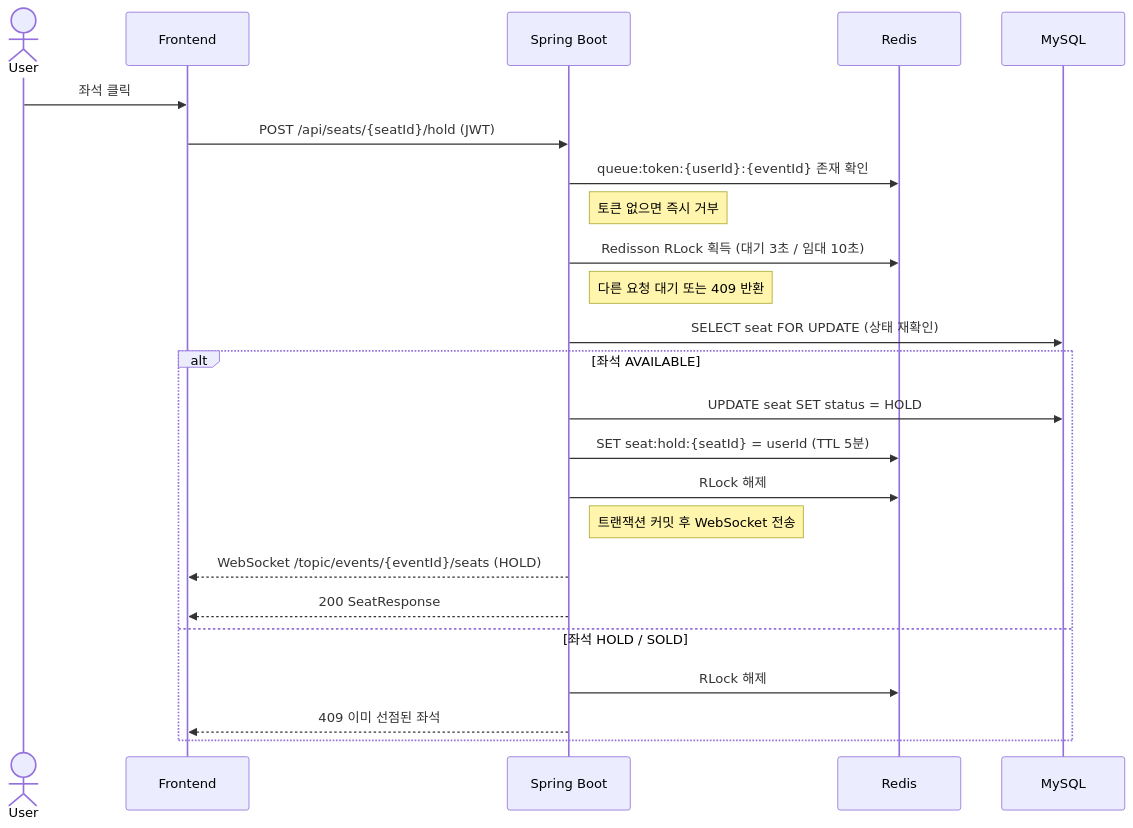
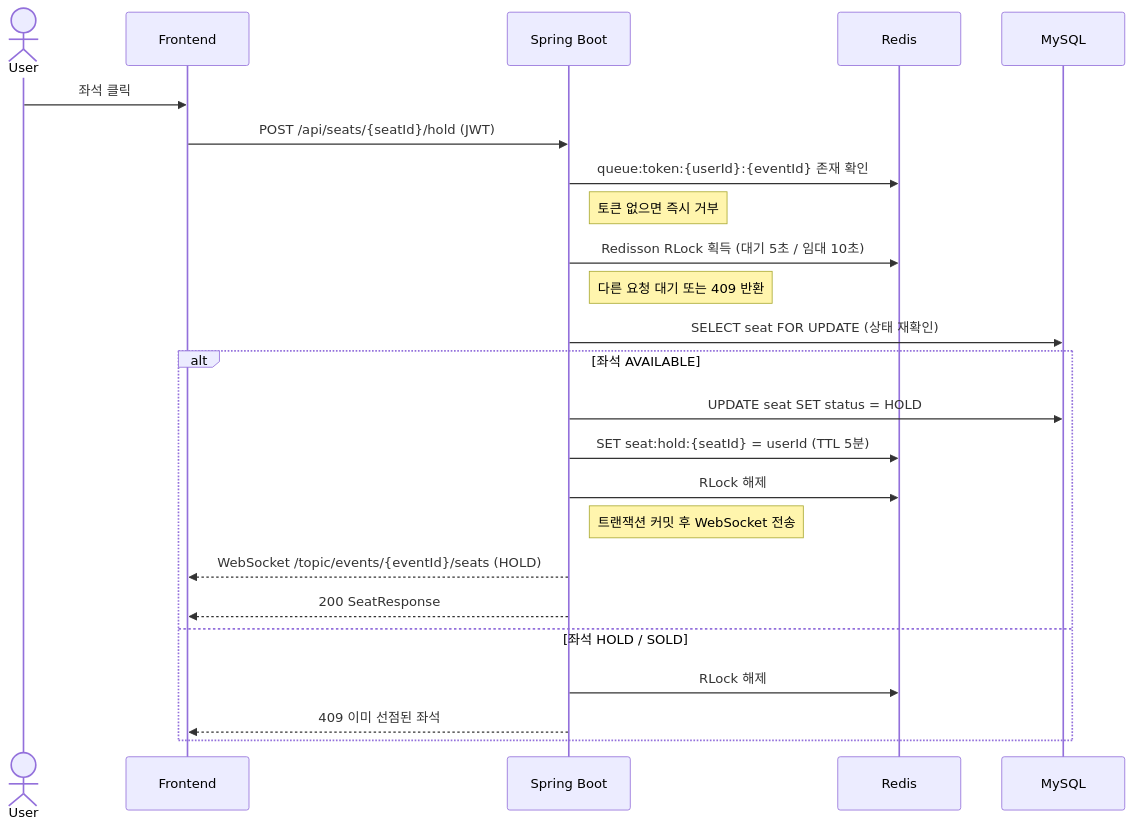
One commit to mercedes6115/ticketing-vibe changed the third of 6 diagrams in docs/sequence-diagram.md. Above: the diagram before and after it, drawn with Mermaid. The commit also changed other lines of this file and 6 other files, not shown here.

````diff
--- a/docs/sequence-diagram.md
+++ b/docs/sequence-diagram.md
@@ -68,30 +68,30 @@
 ```mermaid
 sequenceDiagram
     actor User
     participant FE as Frontend
     participant API as Spring Boot
     participant Redis
     participant DB as MySQL
 
     User->>FE: 좌석 클릭
     FE->>API: POST /api/seats/{seatId}/hold (JWT)
     API->>Redis: queue:token:{userId}:{eventId} 존재 확인
     Note right of API: 토큰 없으면 즉시 거부
 
-    API->>Redis: Redisson RLock 획득 (대기 3초 / 임대 10초)
+    API->>Redis: Redisson RLock 획득 (대기 5초 / 임대 10초)
     Note right of API: 다른 요청 대기 또는 409 반환
 
     API->>DB: SELECT seat FOR UPDATE (상태 재확인)
 
     alt 좌석 AVAILABLE
         API->>DB: UPDATE seat SET status = HOLD
         API->>Redis: SET seat:hold:{seatId} = userId (TTL 5분)
         API->>Redis: RLock 해제
         Note right of API: 트랜잭션 커밋 후 WebSocket 전송
         API-->>FE: WebSocket /topic/events/{eventId}/seats (HOLD)
         API-->>FE: 200 SeatResponse
     else 좌석 HOLD / SOLD
         API->>Redis: RLock 해제
         API-->>FE: 409 이미 선점된 좌석
     end
 ```
````
